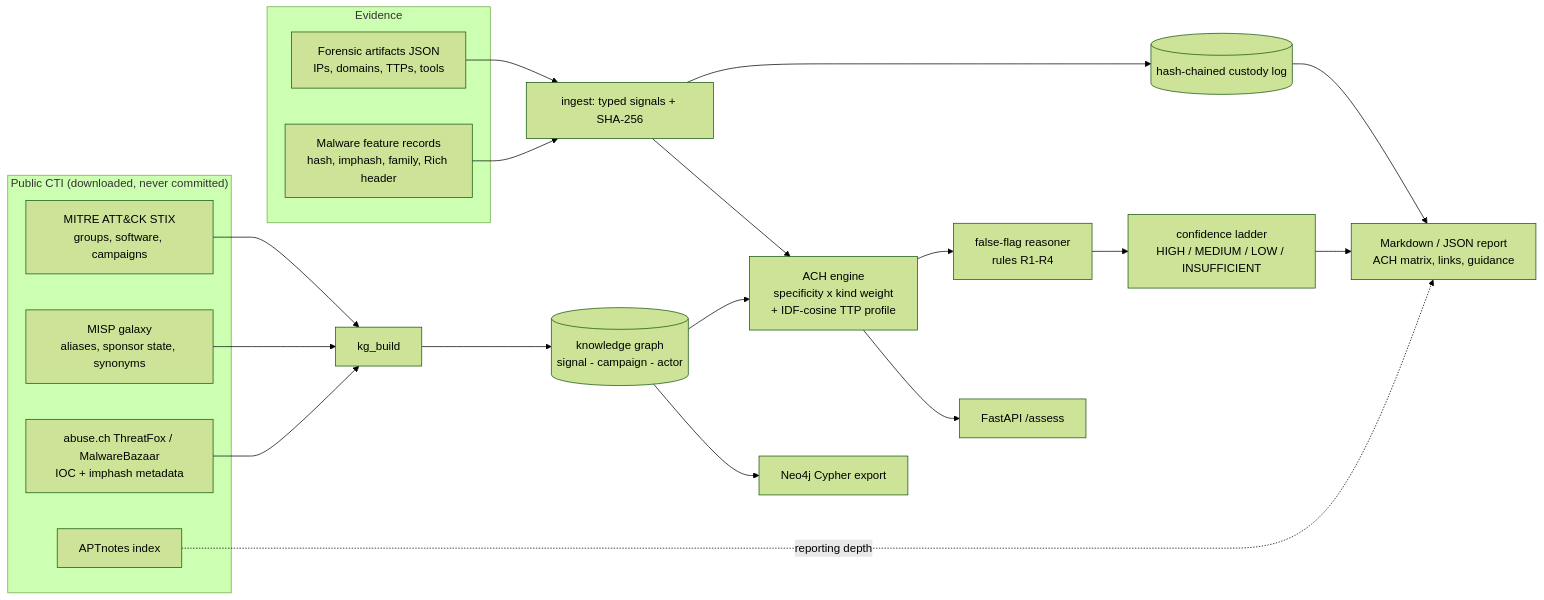
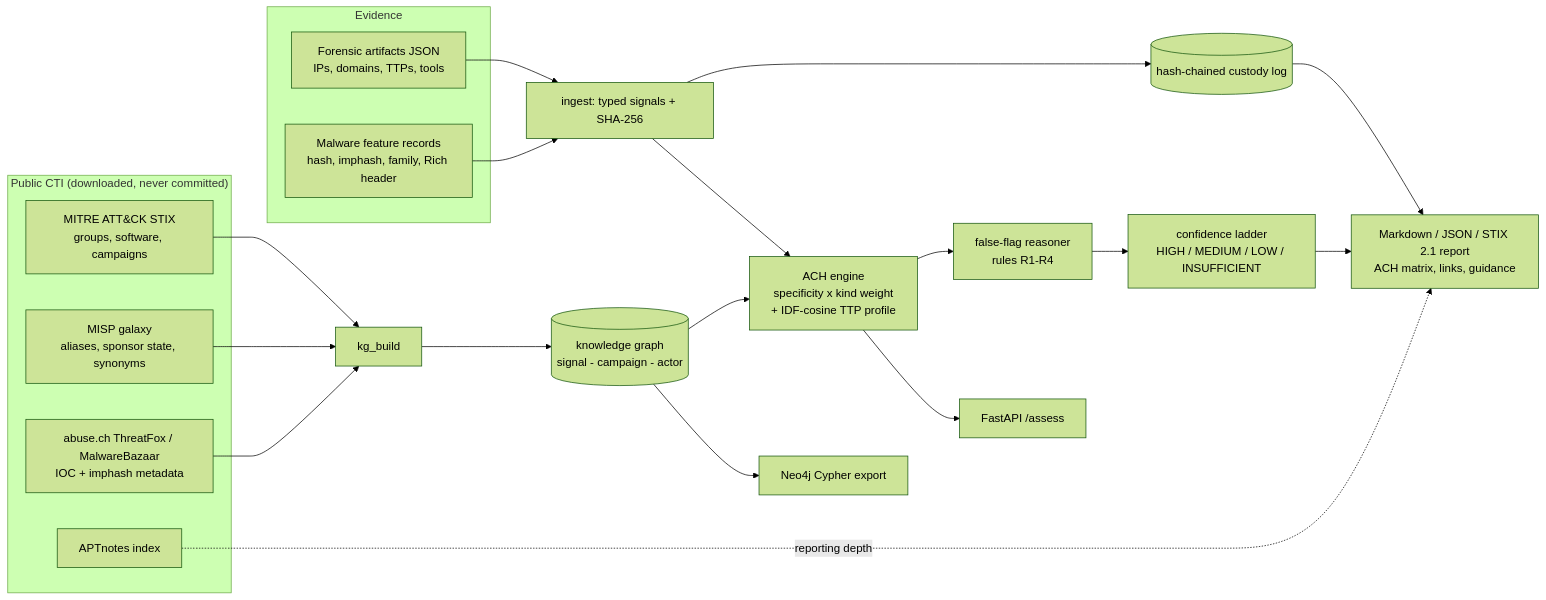
The diagram in README.md (rakshit-737/dragnet), drawn with Mermaid (forest theme) before and after one commit. The commit also changed other lines of this file, not shown here.

Commit message:
docs(readme): diagram shows STIX output; module table lists stix, adapters, tlsh

````diff
--- a/README.md
+++ b/README.md
@@ -57,29 +57,29 @@
 ```mermaid
 flowchart LR
   subgraph Evidence
     F[Forensic artifacts JSON<br/>IPs, domains, TTPs, tools]
     M[Malware feature records<br/>hash, imphash, family, Rich header]
   end
   subgraph "Public CTI (downloaded, never committed)"
     ATT[MITRE ATT&CK STIX<br/>groups, software, campaigns]
     MISP[MISP galaxy<br/>aliases, sponsor state, synonyms]
     AB[abuse.ch ThreatFox / MalwareBazaar<br/>IOC + imphash metadata]
     APN[APTnotes index]
   end
   F --> ING[ingest: typed signals + SHA-256]
   M --> ING
   ING --> CUS[(hash-chained custody log)]
   ATT --> KGB[kg_build]
   MISP --> KGB
   AB --> KGB
   KGB --> KG[(knowledge graph<br/>signal - campaign - actor)]
   ING --> ACH
   KG --> ACH[ACH engine<br/>specificity x kind weight<br/>+ IDF-cosine TTP profile]
   ACH --> FF[false-flag reasoner<br/>rules R1-R4]
   FF --> GR[confidence ladder<br/>HIGH / MEDIUM / LOW / INSUFFICIENT]
-  GR --> REP[Markdown / JSON report<br/>ACH matrix, links, guidance]
+  GR --> REP["Markdown / JSON / STIX 2.1 report<br/>ACH matrix, links, guidance"]
   CUS --> REP
   APN -.reporting depth.-> REP
   KG --> NEO[Neo4j Cypher export]
   ACH --> API[FastAPI /assess]
 ```
````
